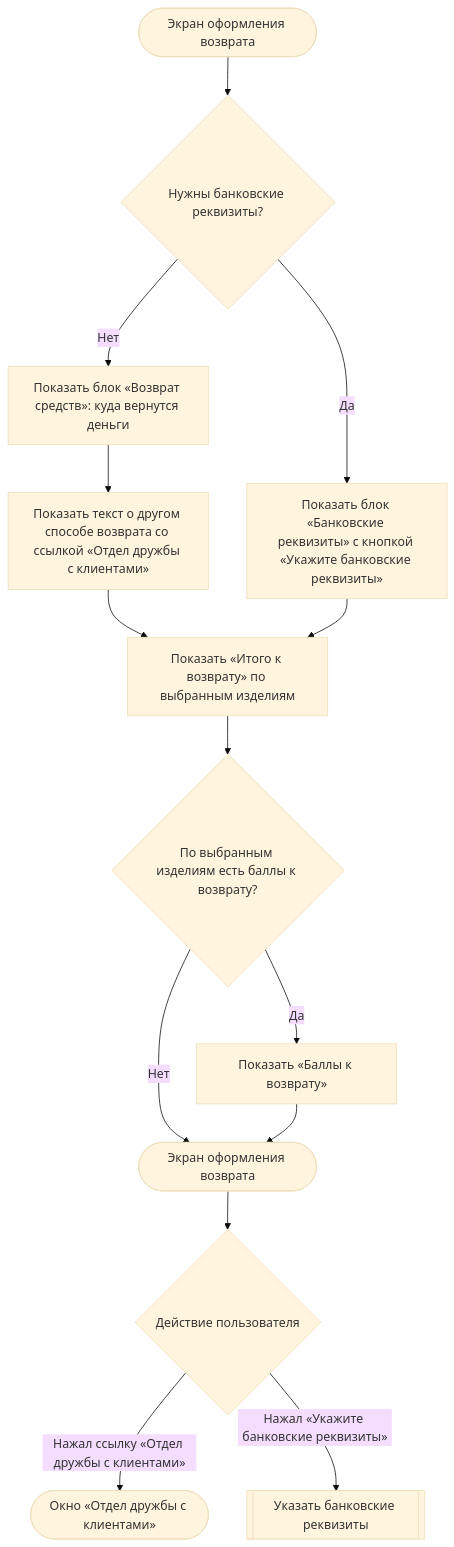
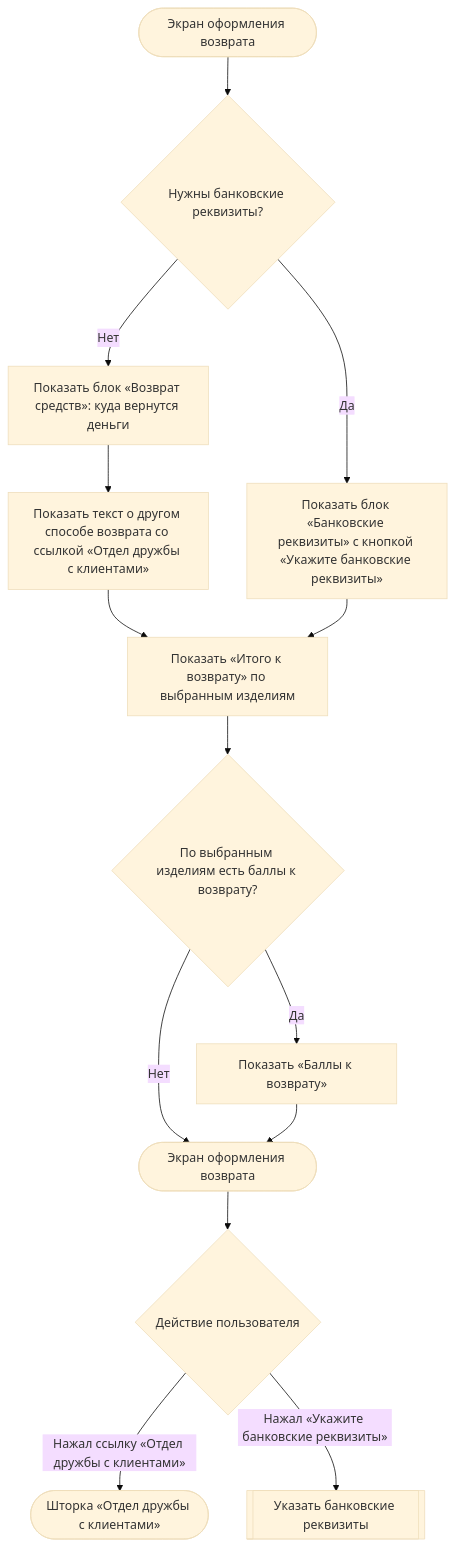
Before and after one commit to Terinss155/opencode-agents-analysis: diagram 16 of 24 in projects/returns-2.0/requirements/srs/srs-mobile-mvp.md, drawn with Mermaid (base theme). The commit also changed other lines of this file and 135 other files, not shown here.

````diff
--- a/projects/returns-2.0/requirements/srs/srs-mobile-mvp.md
+++ b/projects/returns-2.0/requirements/srs/srs-mobile-mvp.md
@@ -889,16 +931,16 @@
 ```mermaid
 flowchart TD
     S([Экран оформления возврата]) --> A{"Нужны банковские реквизиты?"}
     A -->|Нет| B["Показать блок «Возврат средств»: куда вернутся деньги"]
     B --> B1["Показать текст о другом способе возврата со ссылкой «Отдел дружбы с клиентами»"]
     B1 --> T
     A -->|Да| C["Показать блок «Банковские реквизиты» с кнопкой «Укажите банковские реквизиты»"]
     C --> T["Показать «Итого к возврату» по выбранным изделиям"]
     T --> P{"По выбранным изделиям есть баллы к возврату?"}
     P -->|Да| P1["Показать «Баллы к возврату»"]
     P -->|Нет| Z
     P1 --> Z([Экран оформления возврата])
     Z --> L{"Действие пользователя"}
-    L -->|Нажал ссылку «Отдел дружбы с клиентами»| W(["Окно «Отдел дружбы с клиентами»"])
+    L -->|Нажал ссылку «Отдел дружбы с клиентами»| W(["Шторка «Отдел дружбы с клиентами»"])
     L -->|Нажал «Укажите банковские реквизиты»| R[["Указать банковские реквизиты"]]
 ```
````
